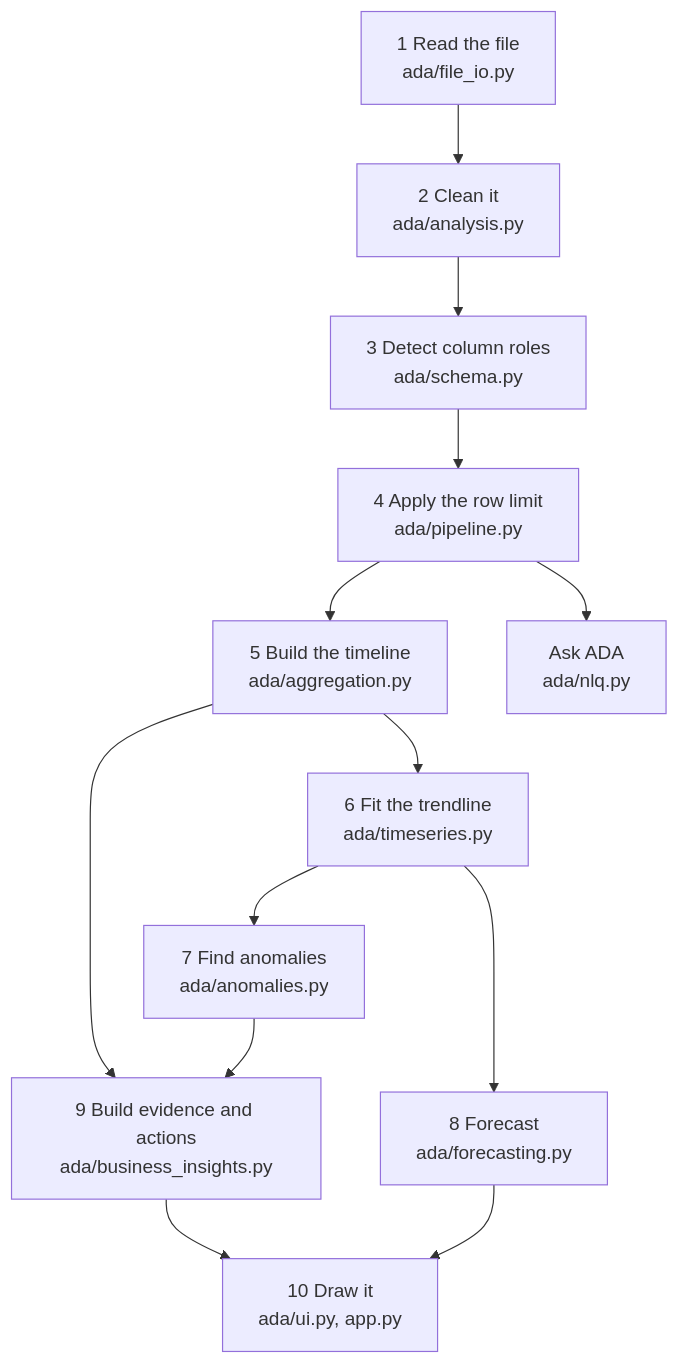
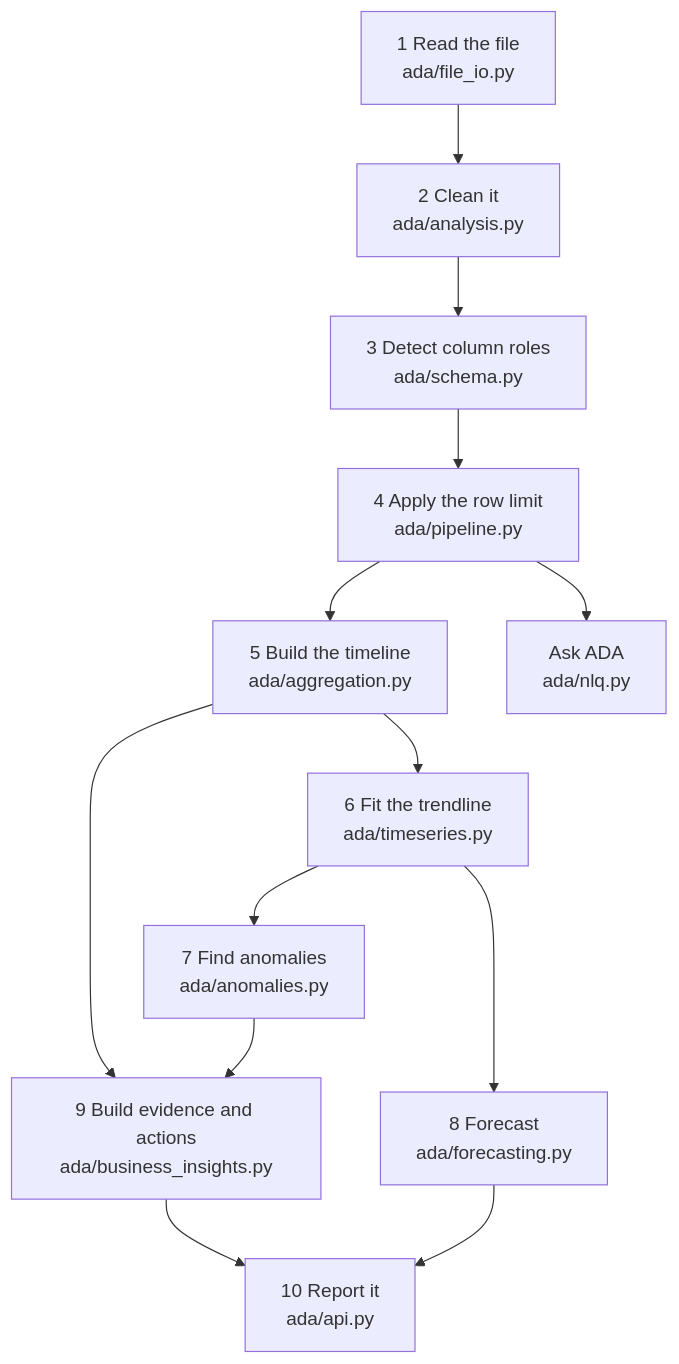
One commit to saineshnakra/automated-data-analyst changed the first of 2 diagrams in docs/how-it-works.md. Above: the diagram before and after it, drawn with Mermaid. The commit also changed other lines of this file and 168 other files, not shown here.

Commit message:
Move the research workflow, the modelling mode and the browser app to ADA Lab and hand their commands and names to it

````diff
--- a/docs/how-it-works.md
+++ b/docs/how-it-works.md
@@ -6,15 +6,15 @@
 ```mermaid
 flowchart TD
     A["1 Read the file<br/>ada/file_io.py"] --> B["2 Clean it<br/>ada/analysis.py"]
     B --> C["3 Detect column roles<br/>ada/schema.py"]
     C --> R["4 Apply the row limit<br/>ada/pipeline.py"]
     R --> D["5 Build the timeline<br/>ada/aggregation.py"]
     D --> E["6 Fit the trendline<br/>ada/timeseries.py"]
     E --> F["7 Find anomalies<br/>ada/anomalies.py"]
     E --> G["8 Forecast<br/>ada/forecasting.py"]
     D --> H["9 Build evidence and actions<br/>ada/business_insights.py"]
     F --> H
-    H --> I["10 Draw it<br/>ada/ui.py, app.py"]
+    H --> I["10 Report it<br/>ada/api.py"]
     G --> I
     R --> J["Ask ADA<br/>ada/nlq.py"]
 ```
````
